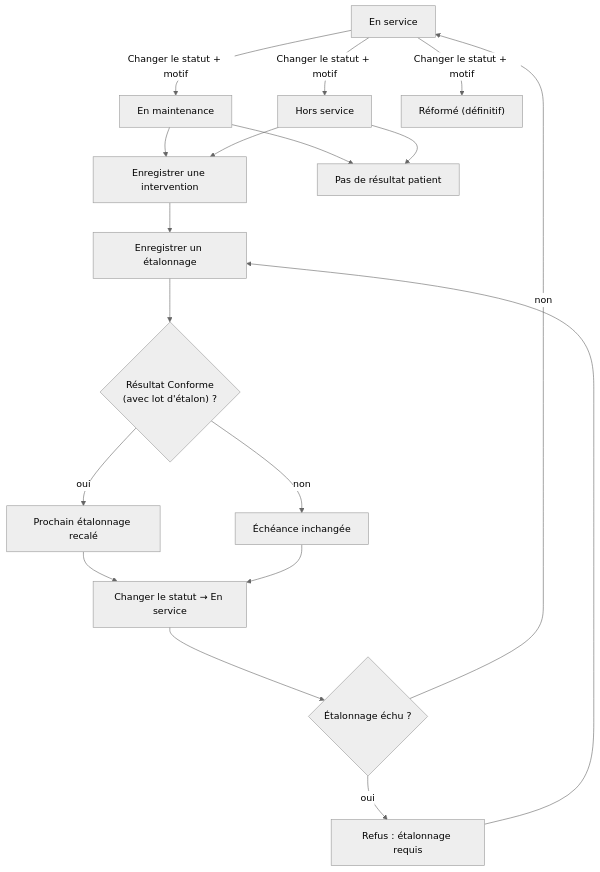
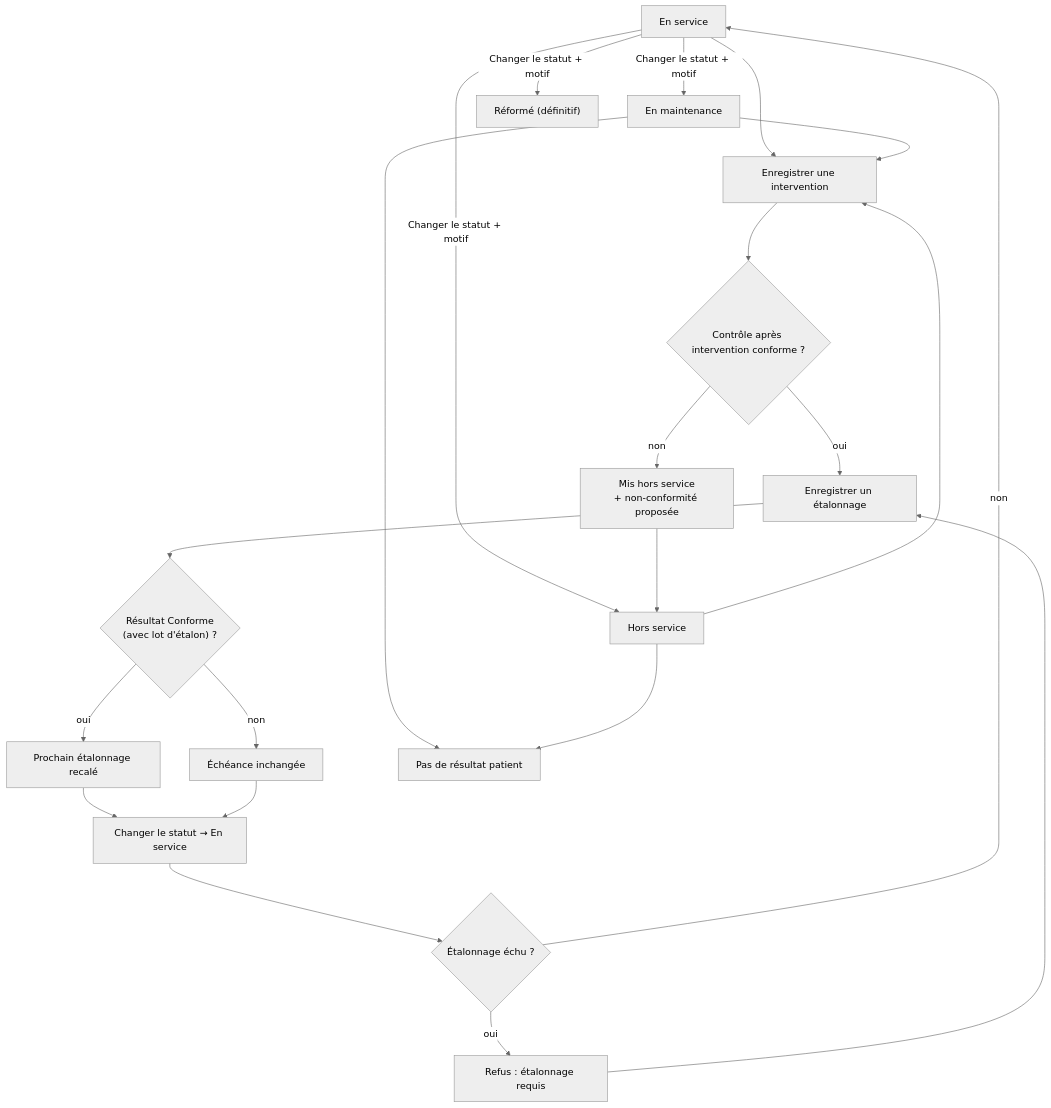
Before and after one commit to J4dJad/MarocLis: the eighth of 9 diagrams in docs/manuel/05-qualite-equipements.md, drawn with Mermaid (neutral theme). The commit also changed other lines of this file and 3 other files, not shown here.

````diff
--- a/docs/manuel/05-qualite-equipements.md
+++ b/docs/manuel/05-qualite-equipements.md
@@ -625,20 +738,24 @@
 ```mermaid
 flowchart TD
     ES["En service"] -->|"Changer le statut + motif"| MA["En maintenance"]
     ES -->|"Changer le statut + motif"| HS["Hors service"]
-    MA --> INT["Enregistrer une intervention"]
+    ES --> INT["Enregistrer une intervention"]
+    MA --> INT
     HS --> INT
-    INT --> CAL["Enregistrer un étalonnage"]
+    INT --> PC{"Contrôle après intervention conforme ?"}
+    PC -->|non| HS2["Mis hors service<br/>+ non-conformité proposée"]
+    HS2 --> HS
+    PC -->|oui| CAL["Enregistrer un étalonnage"]
     CAL --> K{"Résultat Conforme<br/>(avec lot d'étalon) ?"}
     K -->|oui| D["Prochain étalonnage recalé"]
     K -->|non| NE["Échéance inchangée"]
     D --> RS["Changer le statut → En service"]
     NE --> RS
     RS --> Q{"Étalonnage échu ?"}
     Q -->|oui| REF["Refus : étalonnage requis"]
     REF --> CAL
     Q -->|non| ES
     ES -->|"Changer le statut + motif"| RF["Réformé (définitif)"]
     MA --> BL["Pas de résultat patient"]
     HS --> BL
 ```
````
